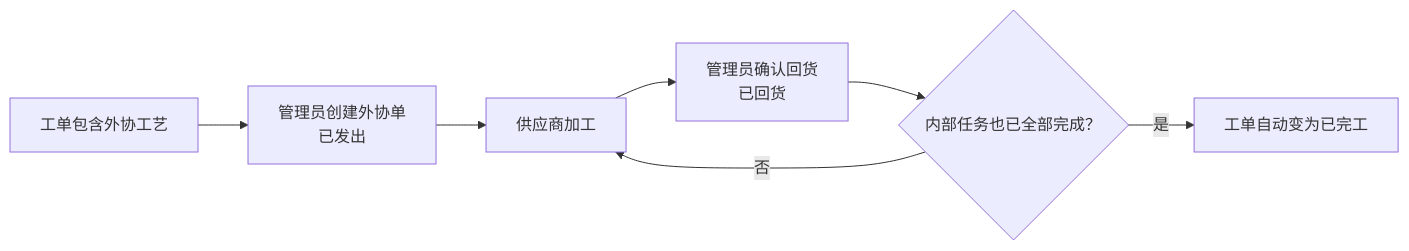
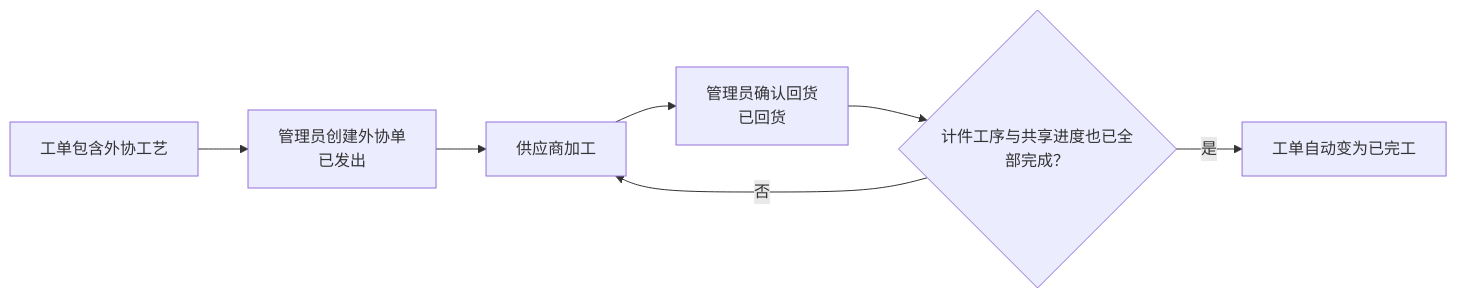
The second of 4 diagrams in docs/管理后台使用手册.md (zora4523-bot/print-shop-erp), drawn with Mermaid before and after one commit. The commit also changed other lines of this file, not shown here.

````diff
--- a/docs/管理后台使用手册.md
+++ b/docs/管理后台使用手册.md
@@ -364,13 +363,13 @@
 ```mermaid
 flowchart LR
     A["工单包含外协工艺"]
     B["管理员创建外协单<br/>已发出"]
     C["供应商加工"]
     D["管理员确认回货<br/>已回货"]
-    E{"内部任务也已全部完成？"}
+    E{"计件工序与共享进度也已全部完成？"}
     F["工单自动变为已完工"]
 
     A --> B --> C --> D --> E
     E -- "是" --> F
     E -- "否" --> C
 ```
````
